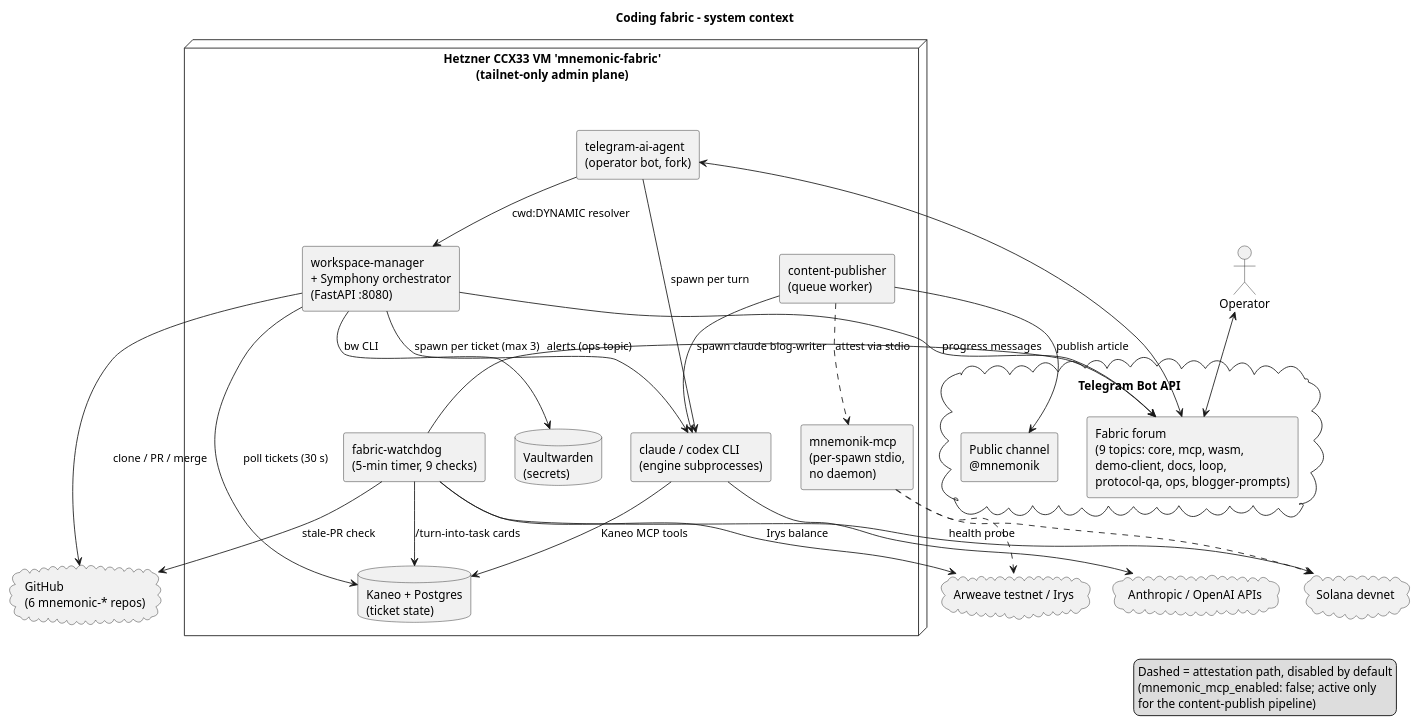
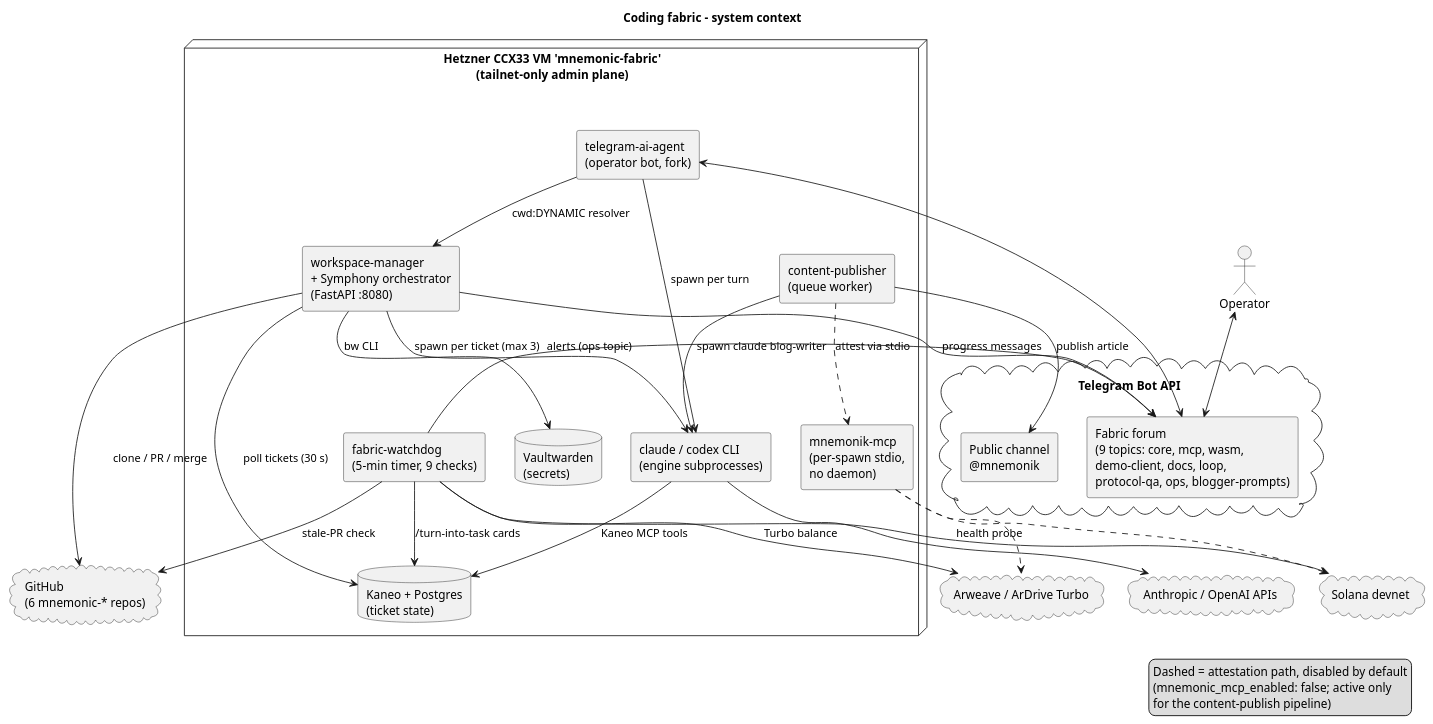
Before and after one commit to mnemonik-dev/coding-fabric: the diagram in docs/diagrams/system-context.puml, drawn with PlantUML. The commit also changed 71 other files, not shown here.

First line of the commit message:
chore(storage): configure Arweave reads and ArDrive Turbo uploads (#23)

```diff
--- a/docs/diagrams/system-context.puml
+++ b/docs/diagrams/system-context.puml
@@ -1,58 +1,58 @@
 @startuml system-context
 title Coding fabric - system context
 
 skinparam componentStyle rectangle
 skinparam shadowing false
 skinparam defaultFontName Helvetica
 
 actor "Operator" as OP
 
 cloud "Telegram Bot API" {
   rectangle "Fabric forum\n(9 topics: core, mcp, wasm,\ndemo-client, docs, loop,\nprotocol-qa, ops, blogger-prompts)" as Forum
   rectangle "Public channel\n@mnemonik" as Chan
 }
 
 node "Hetzner CCX33 VM 'mnemonic-fabric'\n(tailnet-only admin plane)" {
   component "telegram-ai-agent\n(operator bot, fork)" as Bot
   component "workspace-manager\n+ Symphony orchestrator\n(FastAPI :8080)" as WM
   component "content-publisher\n(queue worker)" as CP
   component "fabric-watchdog\n(5-min timer, 9 checks)" as WD
   component "claude / codex CLI\n(engine subprocesses)" as Eng
   component "mnemonik-mcp\n(per-spawn stdio,\nno daemon)" as MCP
   database "Kaneo + Postgres\n(ticket state)" as Kaneo
   database "Vaultwarden\n(secrets)" as VW
 }
 
 cloud "GitHub\n(6 mnemonic-* repos)" as GH
 cloud "Solana devnet" as Sol
-cloud "Arweave testnet / Irys" as Arw
+cloud "Arweave / ArDrive Turbo" as Arw
 cloud "Anthropic / OpenAI APIs" as LLM
 
 OP <--> Forum
 Forum <--> Bot
 Bot --> Eng : spawn per turn
 Bot --> WM : cwd:DYNAMIC resolver
 Eng --> Kaneo : Kaneo MCP tools
 Eng --> LLM
 WM --> Kaneo : poll tickets (30 s)
 WM --> Eng : spawn per ticket (max 3)
 WM --> VW : bw CLI
 WM --> GH : clone / PR / merge
 WM --> Forum : progress messages
 CP --> Eng : spawn claude blog-writer
 CP --> Chan : publish article
 CP ..> MCP : attest via stdio
 MCP ..> Sol
 MCP ..> Arw
 WD --> Forum : alerts (ops topic)
 WD --> Kaneo : /turn-into-task cards
 WD --> Sol : health probe
-WD --> Arw : Irys balance
+WD --> Arw : Turbo balance
 WD --> GH : stale-PR check
 
 legend right
 Dashed = attestation path, disabled by default
 (mnemonic_mcp_enabled: false; active only
 for the content-publish pipeline)
 endlegend
 @enduml
```
